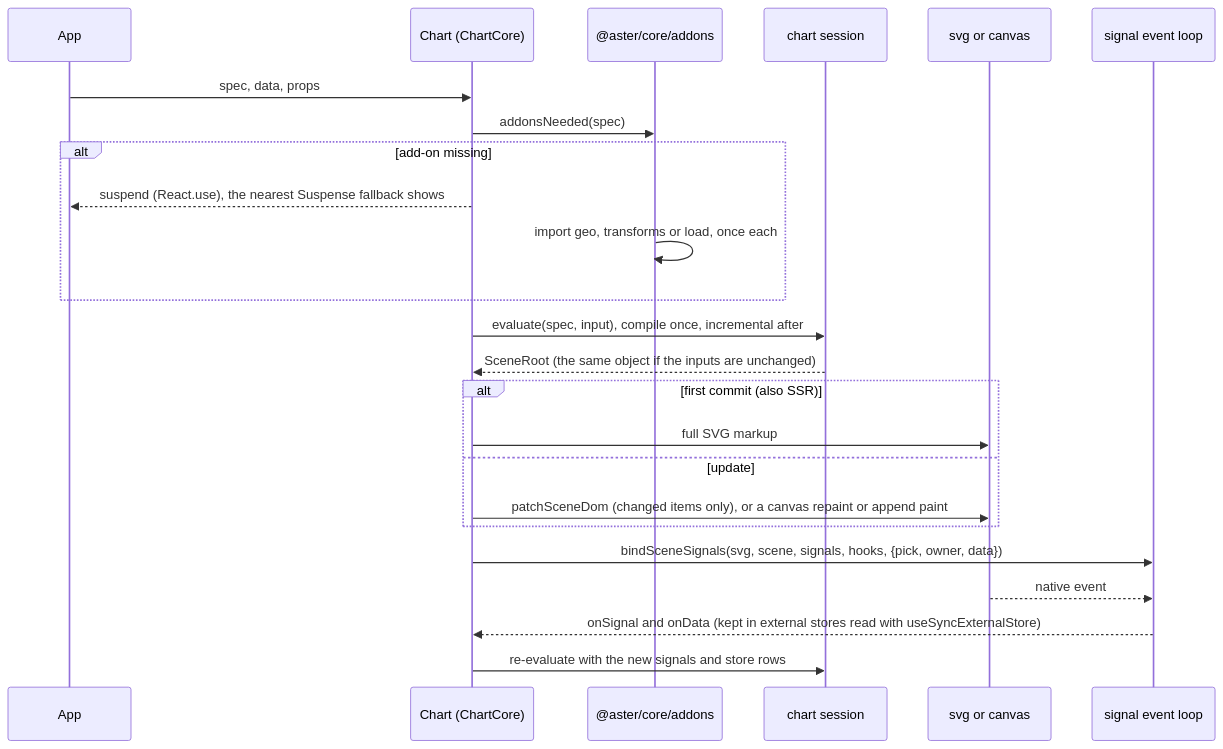
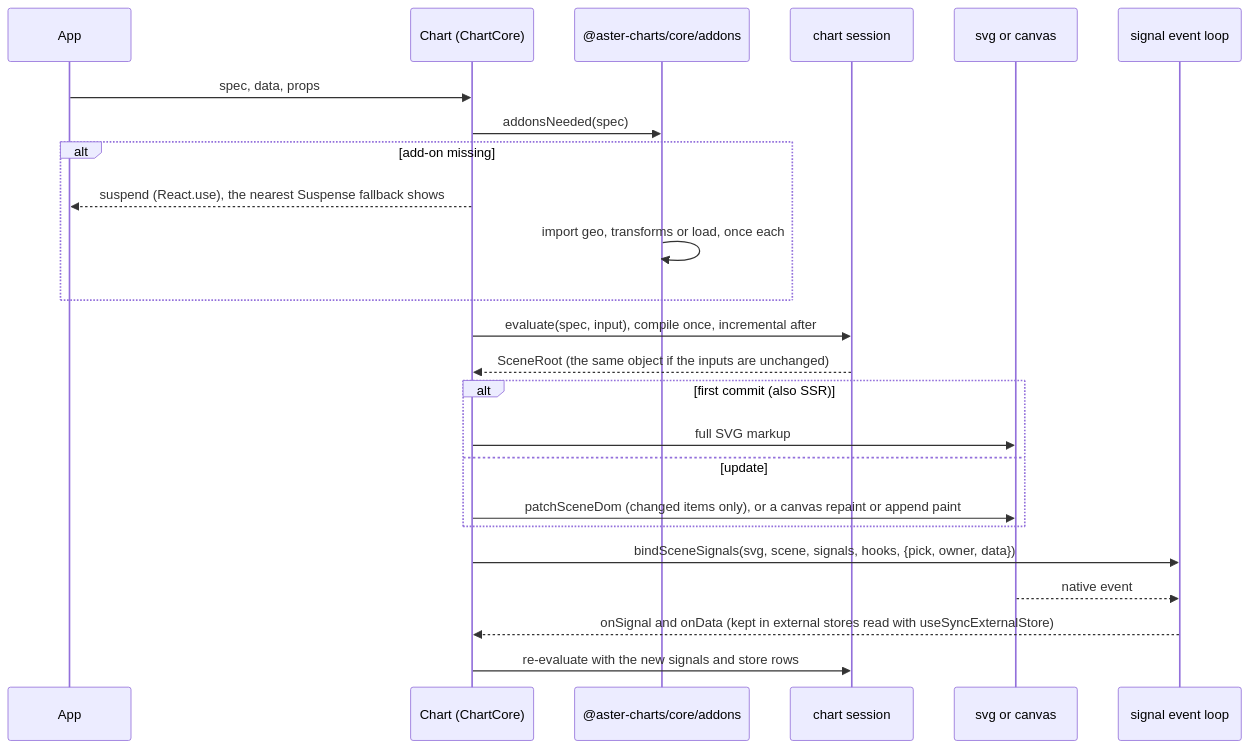
Before and after one commit to mgilbir/aster-react: the third of 3 diagrams in docs/ARCHITECTURE.md, drawn with Mermaid. The commit also changed other lines of this file and 320 other files, not shown here.

First line of the commit message:
build: publish under the @aster-charts npm scope

````diff
--- a/docs/ARCHITECTURE.md
+++ b/docs/ARCHITECTURE.md
@@ -274,26 +274,26 @@
 ```mermaid
 sequenceDiagram
   participant App
   participant Chart as Chart (ChartCore)
-  participant Addons as @aster/core/addons
+  participant Addons as @aster-charts/core/addons
   participant Session as chart session
   participant DOM as svg or canvas
   participant EvLoop as signal event loop
   App->>Chart: spec, data, props
   Chart->>Addons: addonsNeeded(spec)
   alt add-on missing
     Chart-->>App: suspend (React.use), the nearest Suspense fallback shows
     Addons->>Addons: import geo, transforms or load, once each
   end
   Chart->>Session: evaluate(spec, input), compile once, incremental after
   Session-->>Chart: SceneRoot (the same object if the inputs are unchanged)
   alt first commit (also SSR)
     Chart->>DOM: full SVG markup
   else update
     Chart->>DOM: patchSceneDom (changed items only), or a canvas repaint or append paint
   end
   Chart->>EvLoop: bindSceneSignals(svg, scene, signals, hooks, {pick, owner, data})
   DOM-->>EvLoop: native event
   EvLoop-->>Chart: onSignal and onData (kept in external stores read with useSyncExternalStore)
   Chart->>Session: re-evaluate with the new signals and store rows
 ```
````
